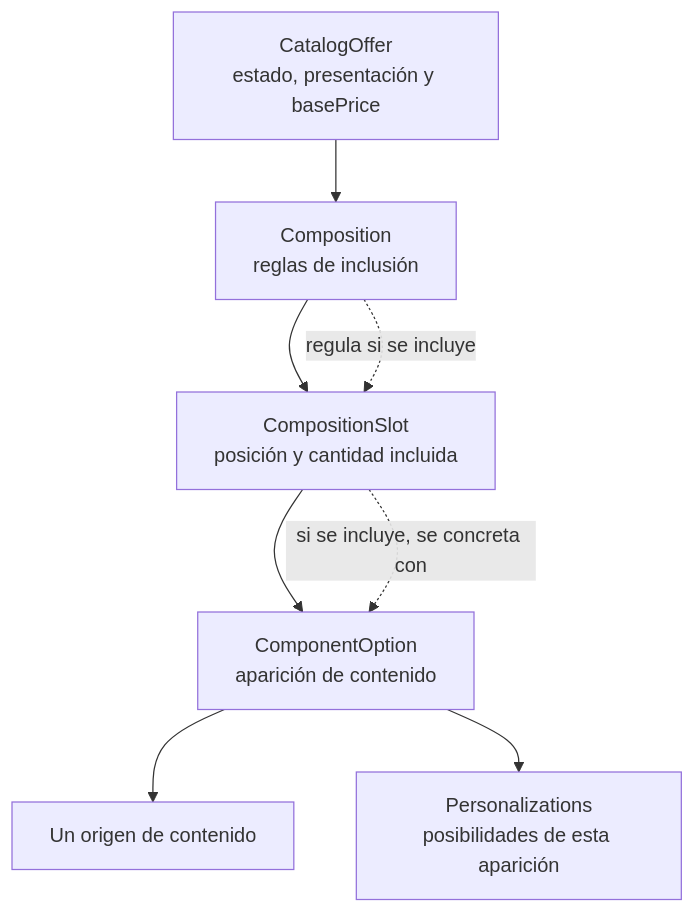
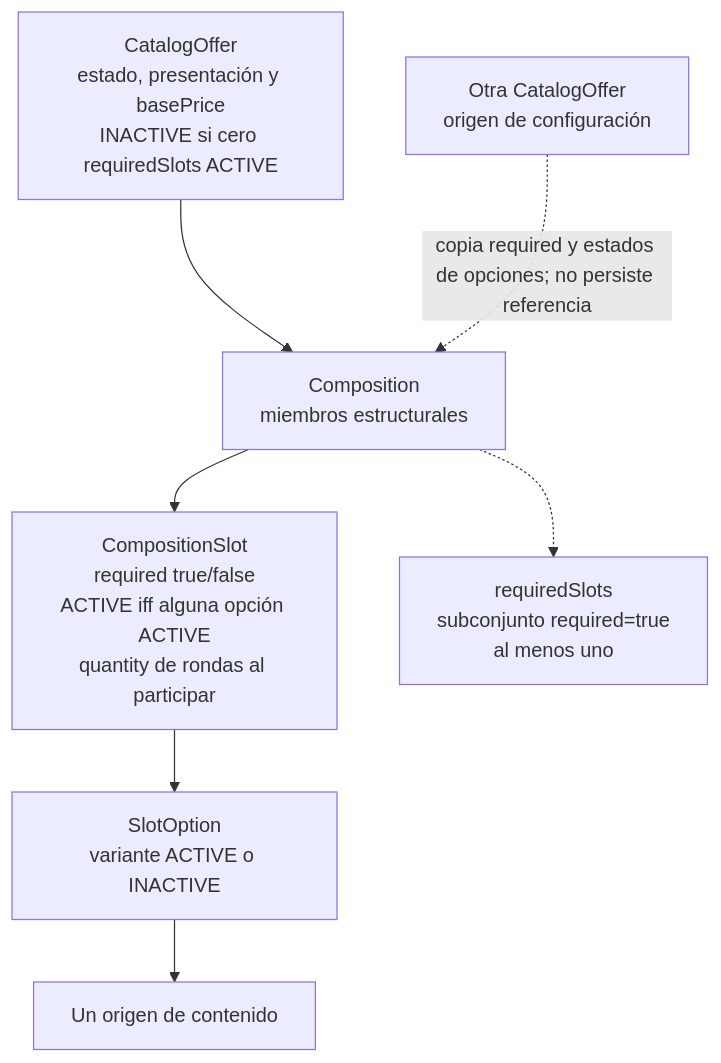
One commit to FMAT-Restaurant/Menu-Documentation changed the second of 2 diagrams in docs/ers/context.md. Above: the diagram before and after it, drawn with Mermaid. The commit also changed other lines of this file and 19 other files, not shown here.

````diff
--- a/docs/ers/context.md
+++ b/docs/ers/context.md
@@ -117,10 +100,9 @@
 ```mermaid
 flowchart TD
-    Offer["CatalogOffer<br/>estado, presentación y basePrice"] --> Composition["Composition<br/>reglas de inclusión"]
-    Composition --> Slot["CompositionSlot<br/>posición y cantidad incluida"]
-    Slot --> Option["ComponentOption<br/>aparición de contenido"]
-    Option --> Source["Un origen de contenido"]
-    Option --> Customization["Personalizations<br/>posibilidades de esta aparición"]
-    Composition -. "regula si se incluye" .-> Slot
-    Slot -. "si se incluye, se concreta con" .-> Option
+    Offer["CatalogOffer<br/>estado, presentación y basePrice<br/>INACTIVE si cero requiredSlots ACTIVE"] --> Composition["Composition<br/>miembros estructurales"]
+    Composition --> Slot["CompositionSlot<br/>required true/false<br/>ACTIVE iff alguna opción ACTIVE<br/>quantity de rondas al participar"]
+    Composition -.-> RequiredSlots["requiredSlots<br/>subconjunto required=true<br/>al menos uno"]
+    Slot --> SlotOption["SlotOption<br/>variante ACTIVE o INACTIVE"]
+    SlotOption --> Source["Un origen de contenido"]
+    TemplateOffer["Otra CatalogOffer<br/>origen de configuración"] -. "copia required y estados de opciones; no persiste referencia" .-> Composition
 ```
````
